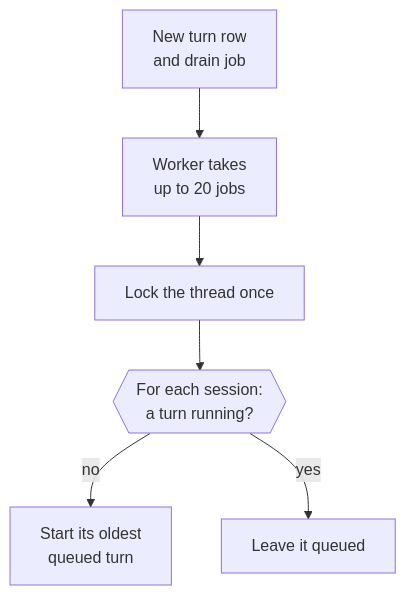
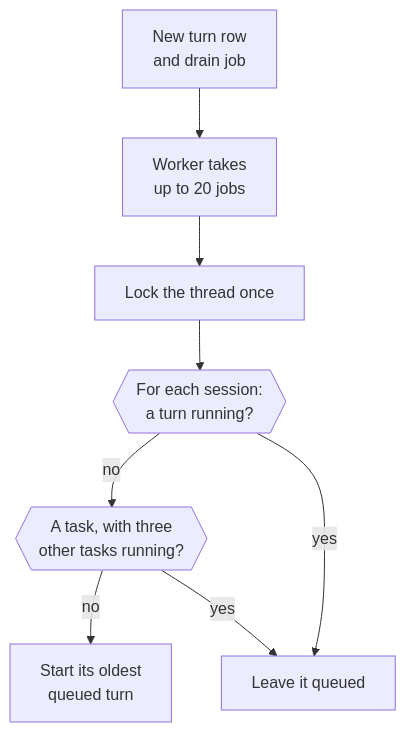
The first of 3 diagrams in docs/src/content/docs/how-it-works/threads-and-turns.md (n8n-io/nod), drawn with Mermaid before and after one commit. The commit also changed other lines of this file and 17 other files, not shown here.

First line of the commit message:
feat(tasks): WP-12 cap running tasks at three and budget subagent browsers

````diff
--- a/docs/src/content/docs/how-it-works/threads-and-turns.md
+++ b/docs/src/content/docs/how-it-works/threads-and-turns.md
@@ -34,8 +34,10 @@
 ```mermaid
 flowchart TD
   new[New turn row<br/>and drain job] --> worker[Worker takes<br/>up to 20 jobs]
   worker --> lock[Lock the thread once]
   lock --> each{{For each session:<br/>a turn running?}}
-  each -- no --> next[Start its oldest<br/>queued turn]:::go
+  each -- no --> task{{A task, with three<br/>other tasks running?}}
+  task -- no --> next[Start its oldest<br/>queued turn]:::go
+  task -- yes --> wait
   each -- yes --> wait[Leave it queued]:::muted
 ```
````
